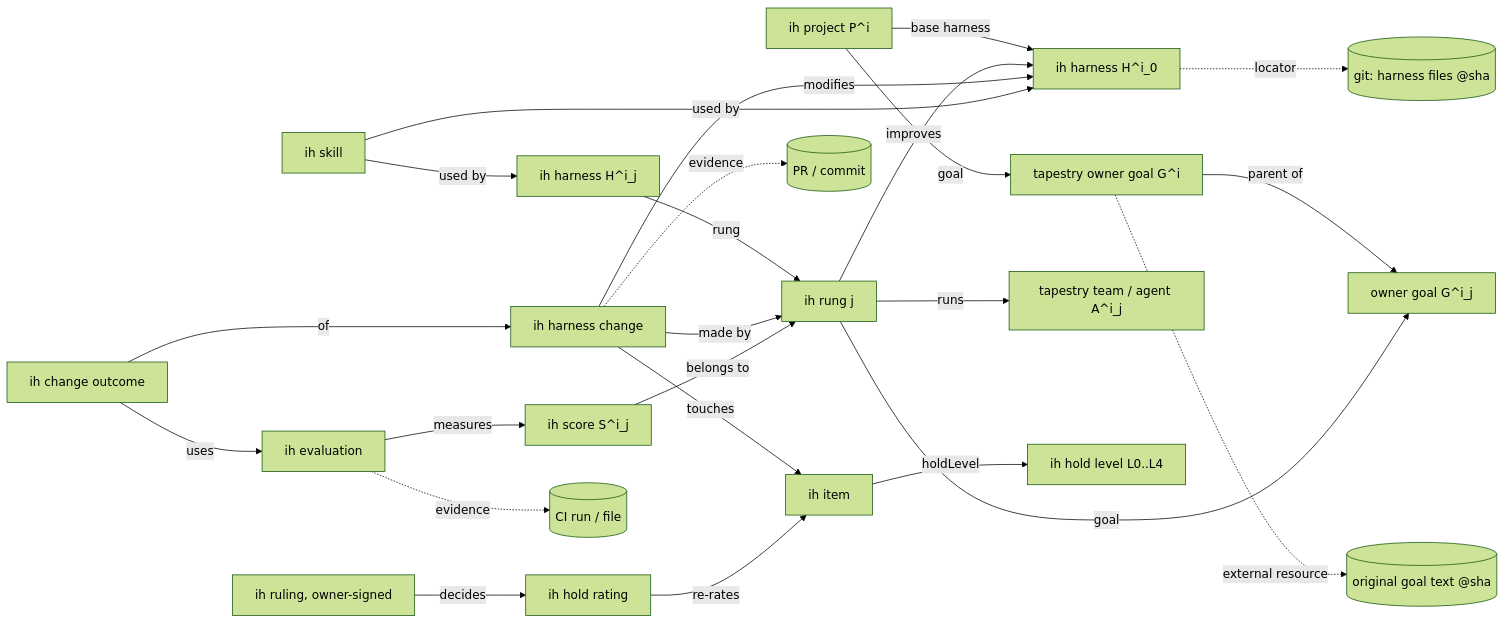
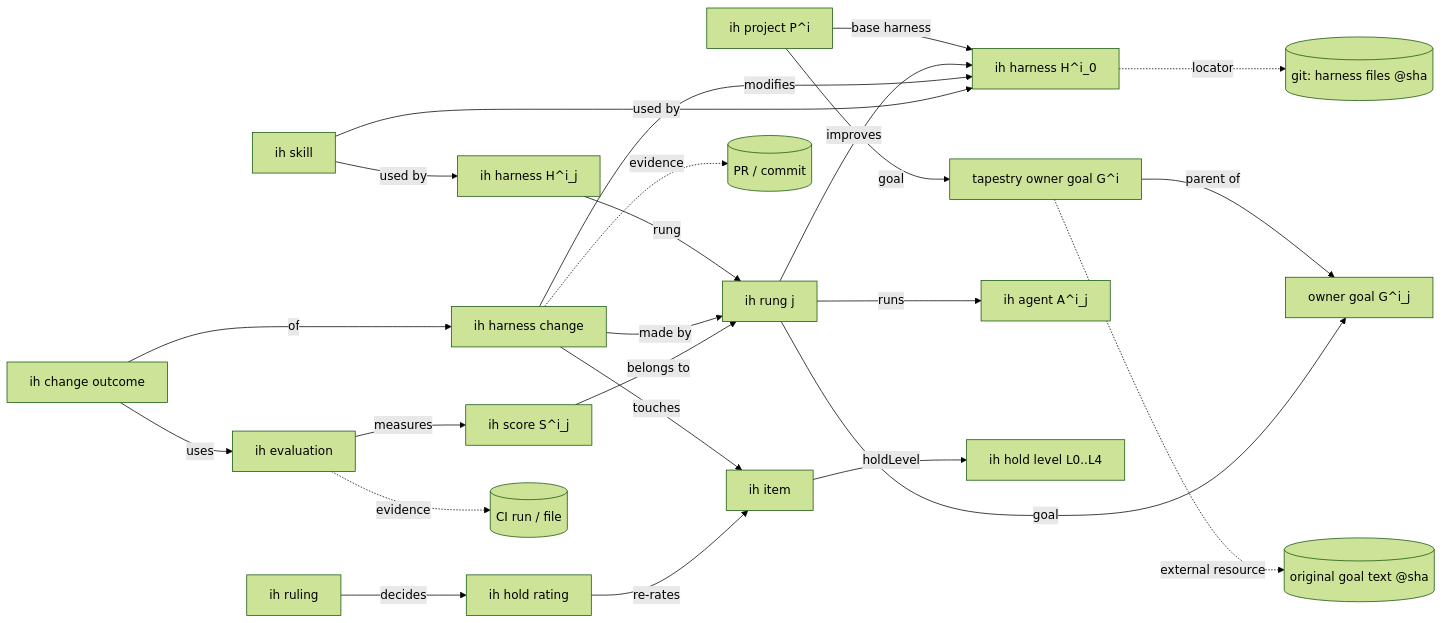
One commit to nous-clawds4/infinite-harness changed the diagram in docs/tapestry-concept-model.md. Above: the diagram before and after it, drawn with Mermaid (forest theme). The commit also changed other lines of this file and 1 other file, not shown here.

Commit message:
docs: Tapestry answers from David (2026-09-27) — G^2 covers all instance types; reuse by default; owner model; decisions A-E (L3) (#6)

````diff
--- a/docs/tapestry-concept-model.md
+++ b/docs/tapestry-concept-model.md
@@ -107,26 +109,26 @@
 ```mermaid
 flowchart LR
   P[ih project P^i] -->|goal| G[tapestry owner goal G^i]
   G -->|parent of| GJ[owner goal G^i_j]
   P -->|base harness| H0[ih harness H^i_0]
   R[ih rung j] -->|goal| GJ
   R -->|improves| H0
-  R -->|runs| A[tapestry team / agent A^i_j]
+  R -->|runs| A[ih agent A^i_j]
   H1[ih harness H^i_j] -->|rung| R
   C[ih harness change] -->|modifies| H0
   C -->|made by| R
   C -->|touches| I[ih item]
   O[ih change outcome] -->|of| C
   O -->|uses| E[ih evaluation]
   E -->|measures| S[ih score S^i_j]
   S -->|belongs to| R
   I -->|holdLevel| L[ih hold level L0..L4]
   RT[ih hold rating] -->|re-rates| I
-  RU[ih ruling, owner-signed] -->|decides| RT
+  RU[ih ruling] -->|decides| RT
   K[ih skill] -->|used by| H0
   K -->|used by| H1
   H0 -.->|locator| GIT[(git: harness files @sha)]
   C -.->|evidence| PR[(PR / commit)]
   G -.->|external resource| GT[(original goal text @sha)]
   E -.->|evidence| RUN[(CI run / file)]
 ```
````
